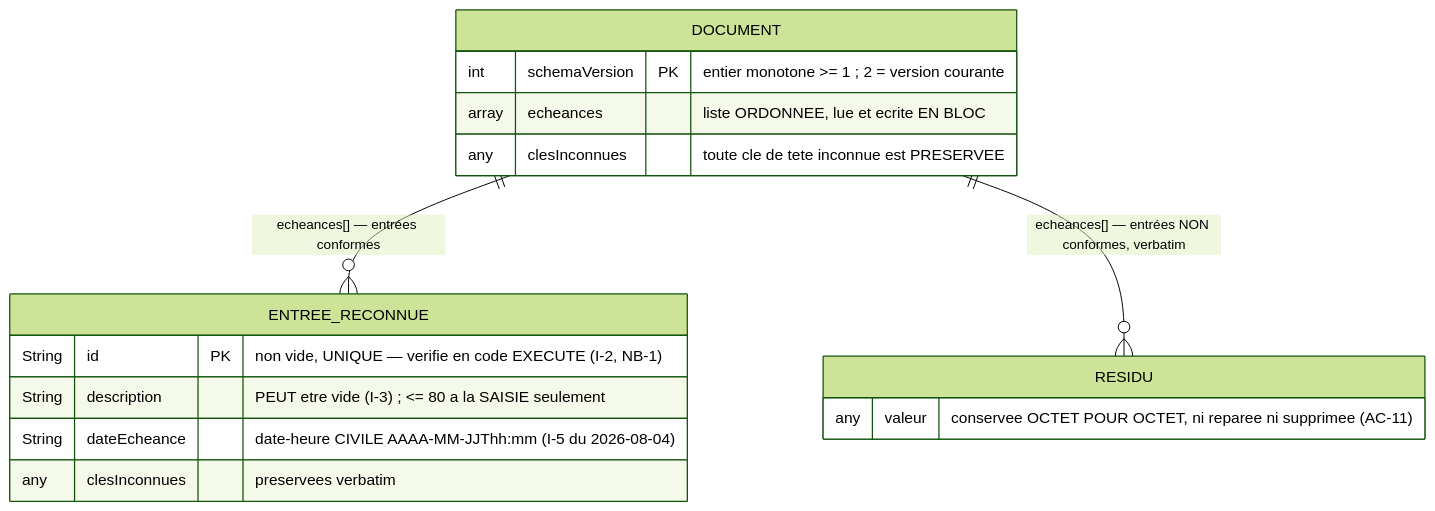
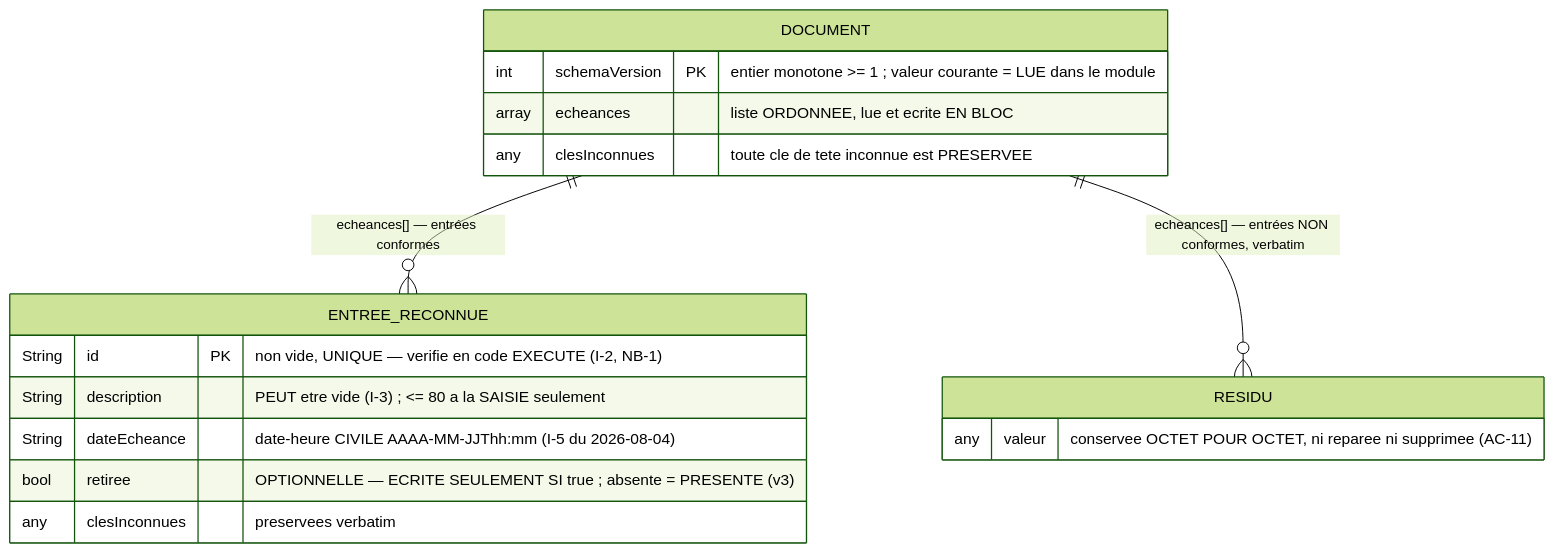
The diagram in docs/architecture/SCHEMA_STOCKAGE_ECHEANCES.md (gitgdx/Concentration), drawn with Mermaid (forest theme) before and after one commit. The commit also changed other lines of this file and 9 other files, not shown here.

````diff
--- a/docs/architecture/SCHEMA_STOCKAGE_ECHEANCES.md
+++ b/docs/architecture/SCHEMA_STOCKAGE_ECHEANCES.md
@@ -49,19 +94,20 @@
 ```mermaid
 erDiagram
     DOCUMENT ||--o{ ENTREE_RECONNUE : "echeances[] — entrées conformes"
     DOCUMENT ||--o{ RESIDU : "echeances[] — entrées NON conformes, verbatim"
     DOCUMENT {
-        int schemaVersion PK "entier monotone >= 1 ; 2 = version courante"
+        int schemaVersion PK "entier monotone >= 1 ; valeur courante = LUE dans le module"
         array echeances "liste ORDONNEE, lue et ecrite EN BLOC"
         any clesInconnues "toute cle de tete inconnue est PRESERVEE"
     }
     ENTREE_RECONNUE {
         String id PK "non vide, UNIQUE — verifie en code EXECUTE (I-2, NB-1)"
         String description "PEUT etre vide (I-3) ; <= 80 a la SAISIE seulement"
         String dateEcheance "date-heure CIVILE AAAA-MM-JJThh:mm (I-5 du 2026-08-04)"
+        bool retiree "OPTIONNELLE — ECRITE SEULEMENT SI true ; absente = PRESENTE (v3)"
         any clesInconnues "preservees verbatim"
     }
     RESIDU {
         any valeur "conservee OCTET POUR OCTET, ni reparee ni supprimee (AC-11)"
     }
 ```
````
